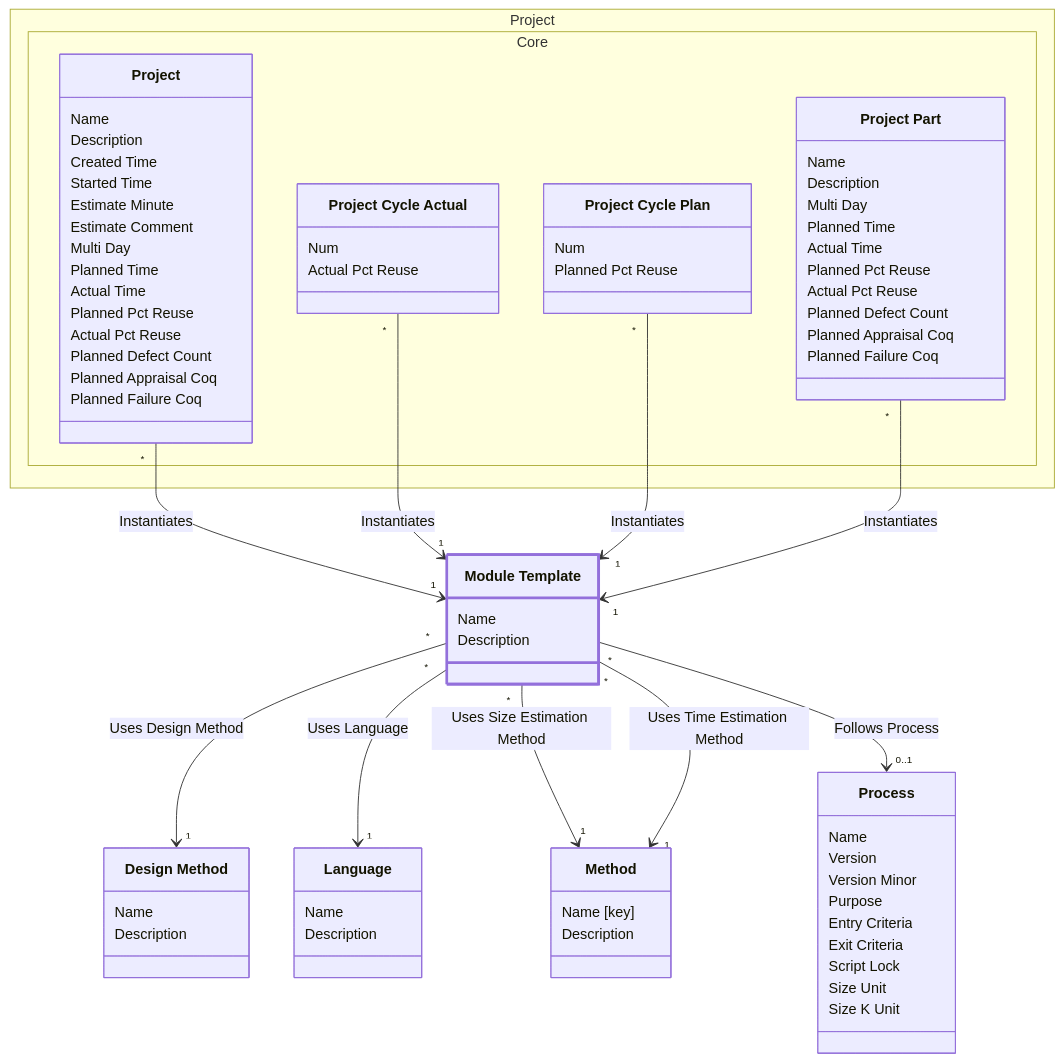
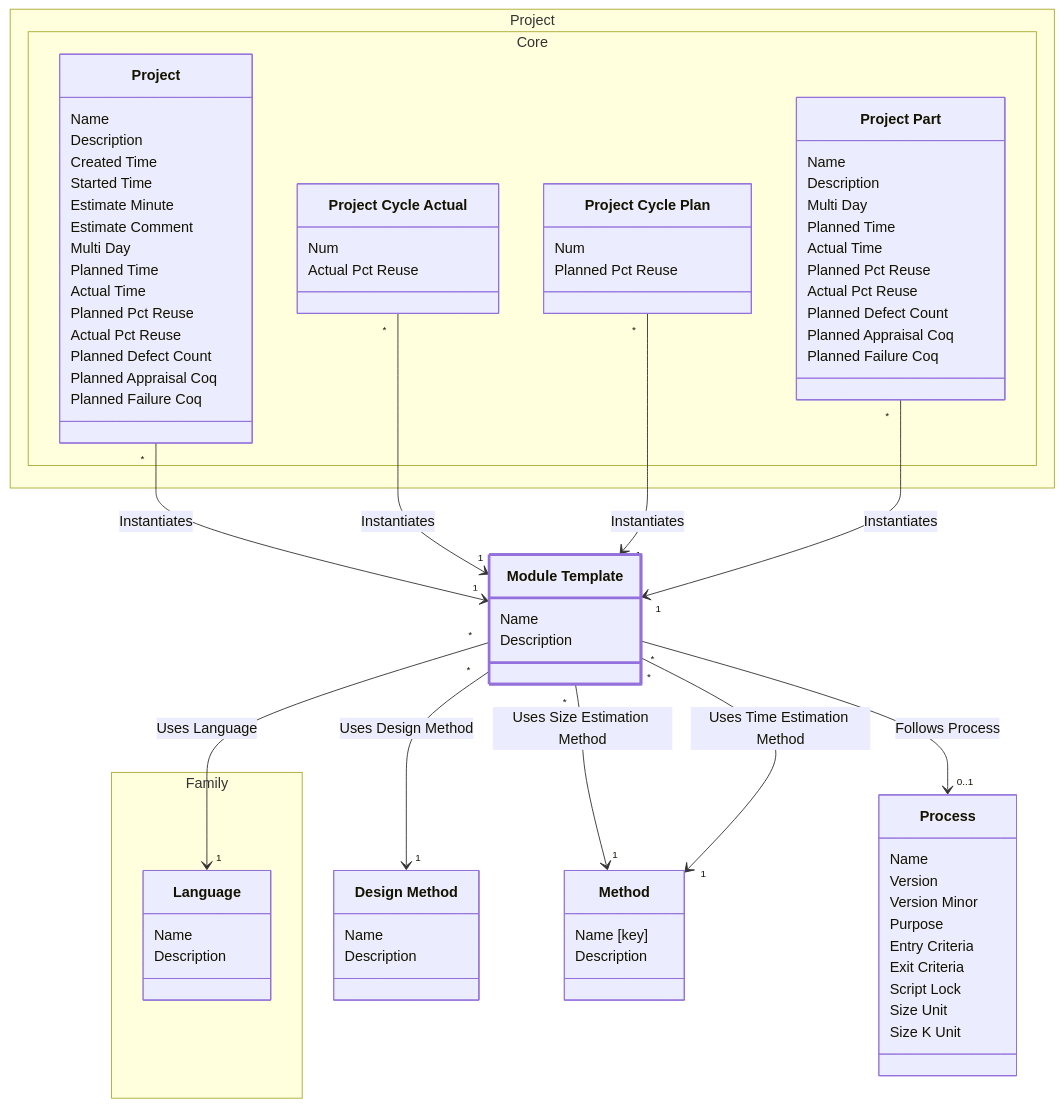
The diagram in examples/requirements/req/output/development/class-domain.process.subdomain.definition.class.module_template.md (glemzurg/glemzurg), drawn with Mermaid before and after one commit. The commit also changed other lines of this file and 62 other files, not shown here.

```diff
--- a/examples/requirements/req/output/development/class-domain.process.subdomain.definition.class.module_template.md
+++ b/examples/requirements/req/output/development/class-domain.process.subdomain.definition.class.module_template.md
@@ -29,10 +29,6 @@
 ---
 classDiagram
 class class_domain_process_subdomain_definition_class_design_method["Design Method"] {
-        Name
-        Description
-    }
-class class_domain_process_subdomain_definition_class_language["Language"] {
         Name
         Description
     }
@@ -55,6 +51,12 @@
         Size Unit
         Size K Unit
     }
+namespace Family {
+class class_domain_process_subdomain_family_class_language["Language"] {
+            Name
+            Description
+        }
+}
 namespace Project.Core {
 class class_domain_project_subdomain_core_class_project["Project"] {
             Name
@@ -98,8 +100,8 @@
 class_domain_project_subdomain_core_class_project_cycle_actual "*" --> "1" class_domain_process_subdomain_definition_class_module_template : Instantiates
 class_domain_project_subdomain_core_class_project_cycle_plan "*" --> "1" class_domain_process_subdomain_definition_class_module_template : Instantiates
 class_domain_project_subdomain_core_class_project_part "*" --> "1" class_domain_process_subdomain_definition_class_module_template : Instantiates
+class_domain_process_subdomain_definition_class_module_template "*" --> "1" class_domain_process_subdomain_family_class_language : Uses Language
 class_domain_process_subdomain_definition_class_module_template "*" --> "1" class_domain_process_subdomain_definition_class_design_method : Uses Design Method
-class_domain_process_subdomain_definition_class_module_template "*" --> "1" class_domain_process_subdomain_definition_class_language : Uses Language
 class_domain_process_subdomain_definition_class_module_template "*" --> "1" class_domain_process_subdomain_definition_class_method : Uses Size Estimation Method
 class_domain_process_subdomain_definition_class_module_template "*" --> "1" class_domain_process_subdomain_definition_class_method : Uses Time Estimation Method
 class_domain_process_subdomain_definition_class_module_template "*" --> "0..1" class_domain_process_subdomain_definition_class_process : Follows Process
```
